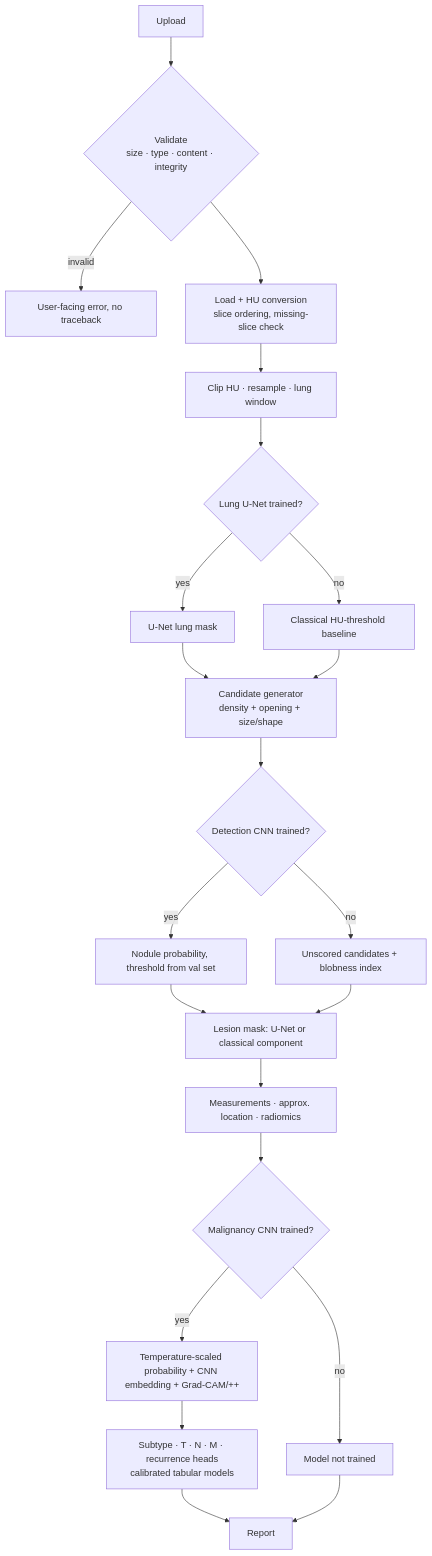
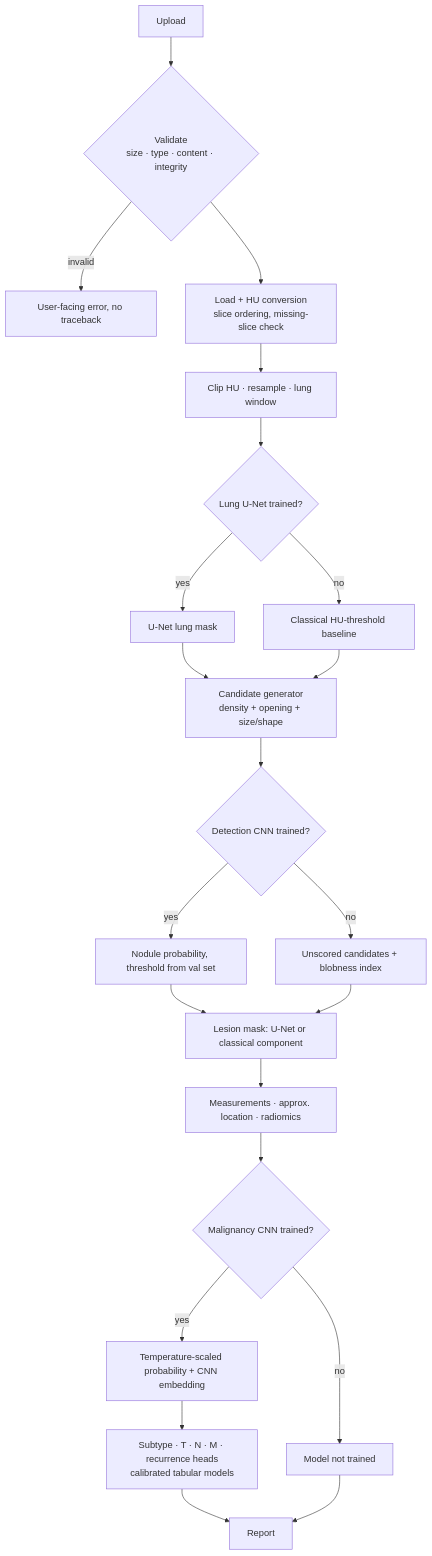
One commit to devsheth2006-prog/LUNG_AI changed the second of 3 diagrams in README.md. Above: the diagram before and after it, drawn with Mermaid. The commit also changed other lines of this file and 11 other files, not shown here.

First line of the commit message:
Remove Grad-CAM from the project

````diff
--- a/README.md
+++ b/README.md
@@ -132,22 +132,22 @@
 ```mermaid
 flowchart TD
   A[Upload] --> B{Validate<br/>size · type · content · integrity}
   B -- invalid --> X[User-facing error, no traceback]
   B --> C[Load + HU conversion<br/>slice ordering, missing-slice check]
   C --> D[Clip HU · resample · lung window]
   D --> E{Lung U-Net trained?}
   E -- yes --> E1[U-Net lung mask]
   E -- no --> E2[Classical HU-threshold baseline]
   E1 & E2 --> F[Candidate generator<br/>density + opening + size/shape]
   F --> G{Detection CNN trained?}
   G -- yes --> G1[Nodule probability, threshold from val set]
   G -- no --> G2[Unscored candidates + blobness index]
   G1 & G2 --> H[Lesion mask: U-Net or classical component]
   H --> I[Measurements · approx. location · radiomics]
   I --> J{Malignancy CNN trained?}
-  J -- yes --> J1[Temperature-scaled probability + CNN embedding + Grad-CAM/++]
+  J -- yes --> J1[Temperature-scaled probability + CNN embedding]
   J -- no --> J2[Model not trained]
   J1 --> K[Subtype · T · N · M · recurrence heads<br/>calibrated tabular models]
   K --> L[Report]
   J2 --> L
 ```
````
